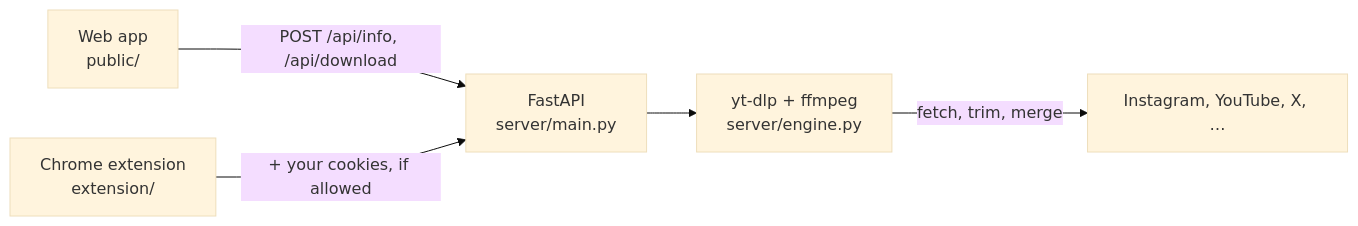
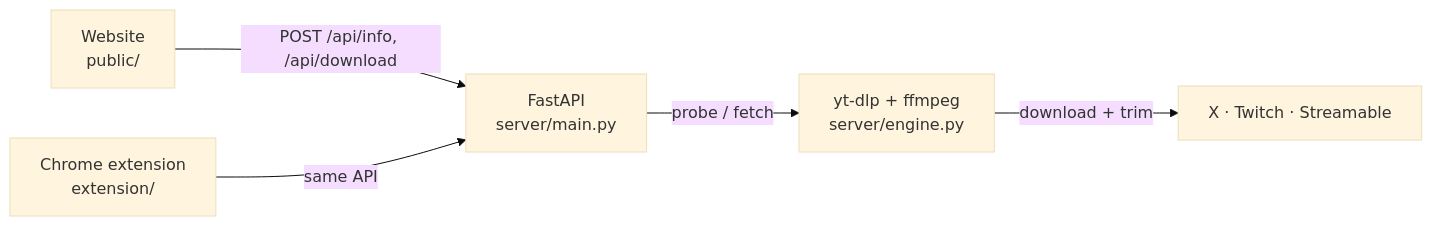
The diagram in README.md (Arav-Arun/ClipGrab), drawn with Mermaid (base theme) before and after one commit. The commit also changed other lines of this file and 14 other files, not shown here.

First line of the commit message:
refactor: focus on X, Twitch and Streamable

````diff
--- a/README.md
+++ b/README.md
@@ -14,7 +23,7 @@
 ```mermaid
 graph LR
-    Web["Web app<br/>public/"] -->|"POST /api/info, /api/download"| API
-    Ext["Chrome extension<br/>extension/"] -->|"+ your cookies, if allowed"| API
-    API["FastAPI<br/>server/main.py"] --> Engine["yt-dlp + ffmpeg<br/>server/engine.py"]
-    Engine -->|"fetch, trim, merge"| Sites["Instagram, YouTube, X, …"]
+    Web["Website<br/>public/"] -->|"POST /api/info, /api/download"| API
+    Ext["Chrome extension<br/>extension/"] -->|"same API"| API
+    API["FastAPI<br/>server/main.py"] -->|"probe / fetch"| Engine["yt-dlp + ffmpeg<br/>server/engine.py"]
+    Engine -->|"download + trim"| Sites["X · Twitch · Streamable"]
 ```
````
